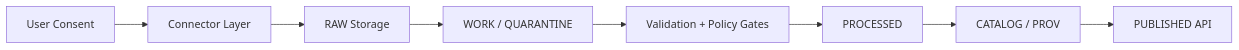
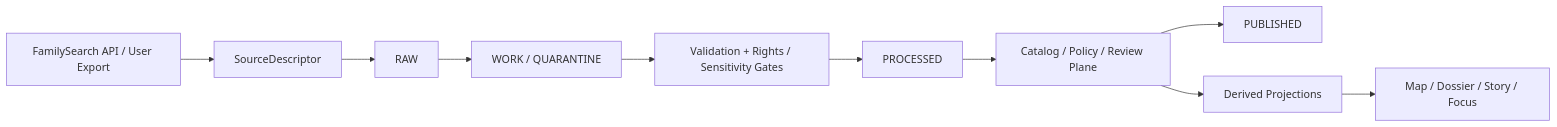
Before and after one commit to bartytime4life/Kansas-Frontier-Matrix: the diagram in docs/connectors/genealogy/README.md, drawn with Mermaid. The commit also changed other lines of this file, not shown here.

````diff
--- a/docs/connectors/genealogy/README.md
+++ b/docs/connectors/genealogy/README.md
@@ -83,10 +184,12 @@
 ```mermaid
 flowchart LR
-  A[User Consent] --> B[Connector Layer]
-  B --> C[RAW Storage]
-  C --> D[WORK / QUARANTINE]
-  D --> E[Validation + Policy Gates]
-  E --> F[PROCESSED]
-  F --> G[CATALOG / PROV]
-  G --> H[PUBLISHED API]
+    A[FamilySearch API / User Export] --> B[SourceDescriptor]
+    B --> C[RAW]
+    C --> D[WORK / QUARANTINE]
+    D --> E[Validation + Rights / Sensitivity Gates]
+    E --> F[PROCESSED]
+    F --> G[Catalog / Policy / Review Plane]
+    G --> H[PUBLISHED]
+    G --> I[Derived Projections]
+    I --> J[Map / Dossier / Story / Focus]
 ```
````
